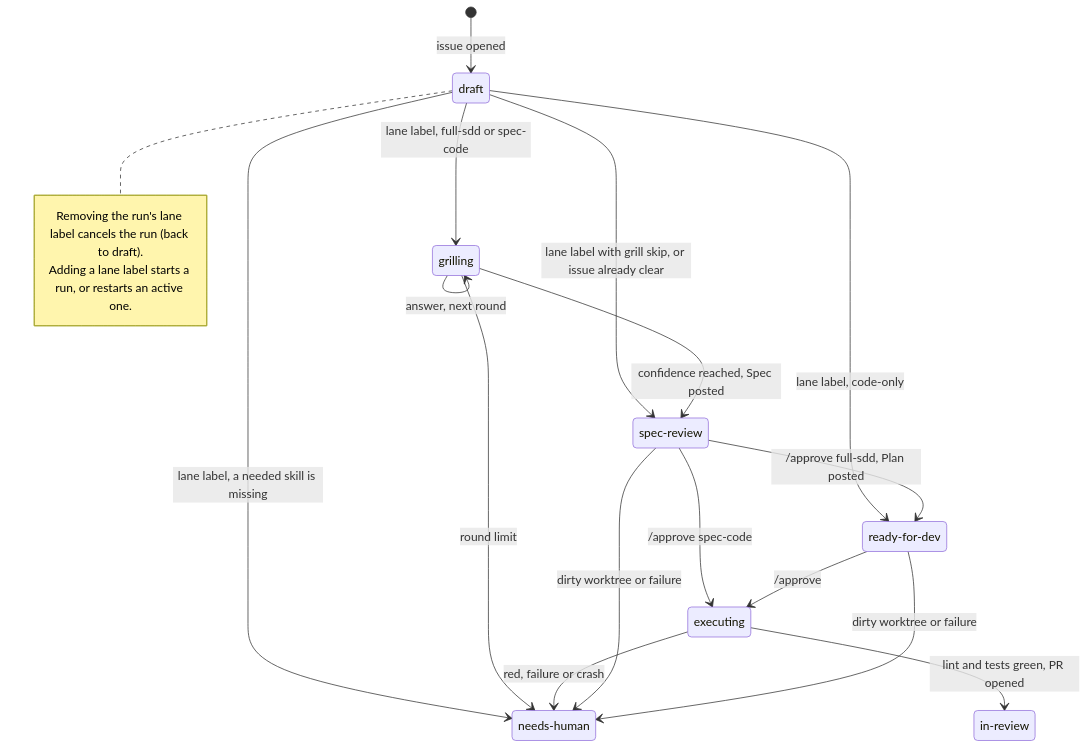
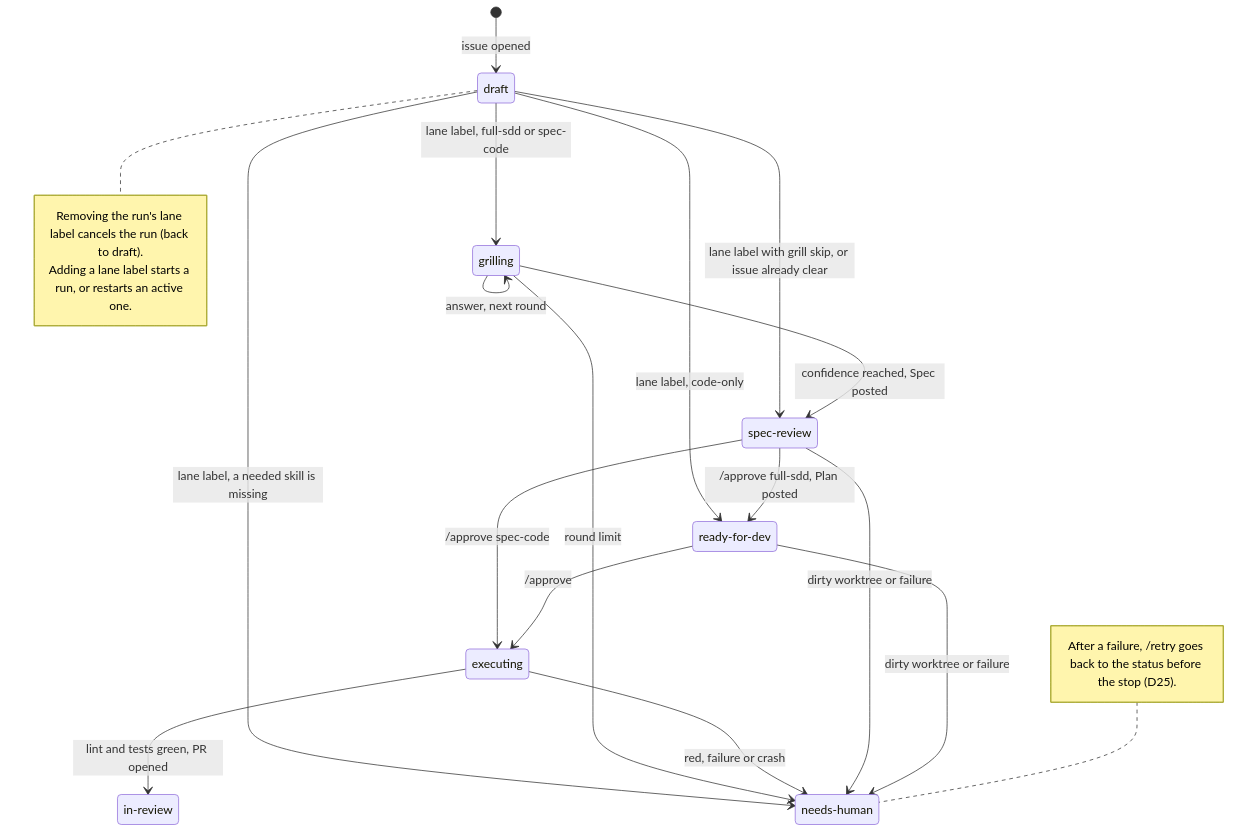
The diagram in docs/specs/spec-github-agent-architecture-overview.md (Hugoer/sdd-agent), drawn with Mermaid before and after one commit. The commit also changed other lines of this file and 2 other files, not shown here.

````diff
--- a/docs/specs/spec-github-agent-architecture-overview.md
+++ b/docs/specs/spec-github-agent-architecture-overview.md
@@ -313,31 +353,35 @@
 ```mermaid
 stateDiagram-v2
     state "draft" as draft
     state "grilling" as grilling
     state "spec-review" as specReview
     state "ready-for-dev" as readyForDev
     state "executing" as executing
     state "in-review" as inReview
     state "needs-human" as needsHuman
 
     [*] --> draft: issue opened
     draft --> grilling: lane label, full-sdd or spec-code
     draft --> specReview: lane label with grill skip, or issue already clear
     draft --> readyForDev: lane label, code-only
     draft --> needsHuman: lane label, a needed skill is missing
     grilling --> grilling: answer, next round
     grilling --> specReview: confidence reached, Spec posted
     grilling --> needsHuman: round limit
     specReview --> readyForDev: /approve full-sdd, Plan posted
     specReview --> executing: /approve spec-code
     readyForDev --> executing: /approve
     executing --> inReview: lint and tests green, PR opened
     executing --> needsHuman: red, failure or crash
     specReview --> needsHuman: dirty worktree or failure
     readyForDev --> needsHuman: dirty worktree or failure
 
     note right of draft
         Removing the run's lane label cancels the run (back to draft).
         Adding a lane label starts a run, or restarts an active one.
     end note
+
+    note left of needsHuman
+        After a failure, /retry goes back to the status before the stop (D25).
+    end note
 ```
````
